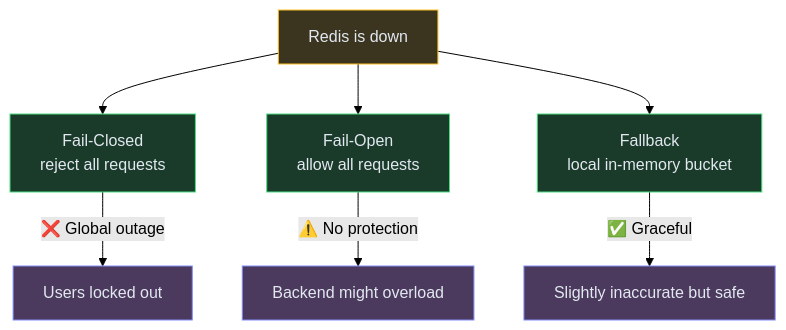
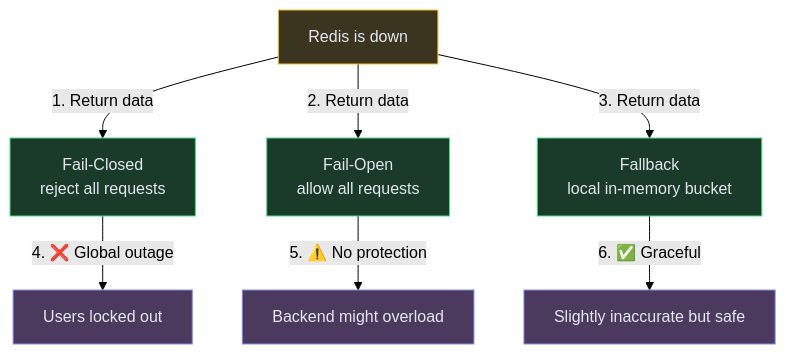
One commit to iluzn/HLD-Designs changed the tenth of 15 diagrams in content/hld/RateLimiter.md. Above: the diagram before and after it, drawn with Mermaid (forest theme). The commit also changed other lines of this file and 27 other files, not shown here.

````diff
--- a/content/hld/RateLimiter.md
+++ b/content/hld/RateLimiter.md
@@ -536,19 +536,19 @@
 ```mermaid
 flowchart TD
     DOWN["Redis is down"]:::data
     FC["Fail-Closed<br/>reject all requests"]:::service
     FO["Fail-Open<br/>allow all requests"]:::service
     FB["Fallback<br/>local in-memory bucket"]:::service
 
-    DOWN --> FC
-    DOWN --> FO
-    DOWN --> FB
+    DOWN -->|"1. Return data"| FC
+    DOWN -->|"2. Return data"| FO
+    DOWN -->|"3. Return data"| FB
 
-    FC -->|"❌ Global outage"| BAD["Users locked out"]:::client
-    FO -->|"⚠️ No protection"| OK["Backend might overload"]:::client
-    FB -->|"✅ Graceful"| GOOD["Slightly inaccurate but safe"]:::client
+    FC -->|"4. ❌ Global outage"| BAD["Users locked out"]:::client
+    FO -->|"5. ⚠️ No protection"| OK["Backend might overload"]:::client
+    FB -->|"6. ✅ Graceful"| GOOD["Slightly inaccurate but safe"]:::client
 
     classDef client fill:#4c3a5e,stroke:#818cf8,color:#e2e8f0
     classDef service fill:#1a3a2a,stroke:#4ade80,color:#e2e8f0
     classDef data fill:#3b3520,stroke:#fbbf24,color:#e2e8f0
 ```
````
